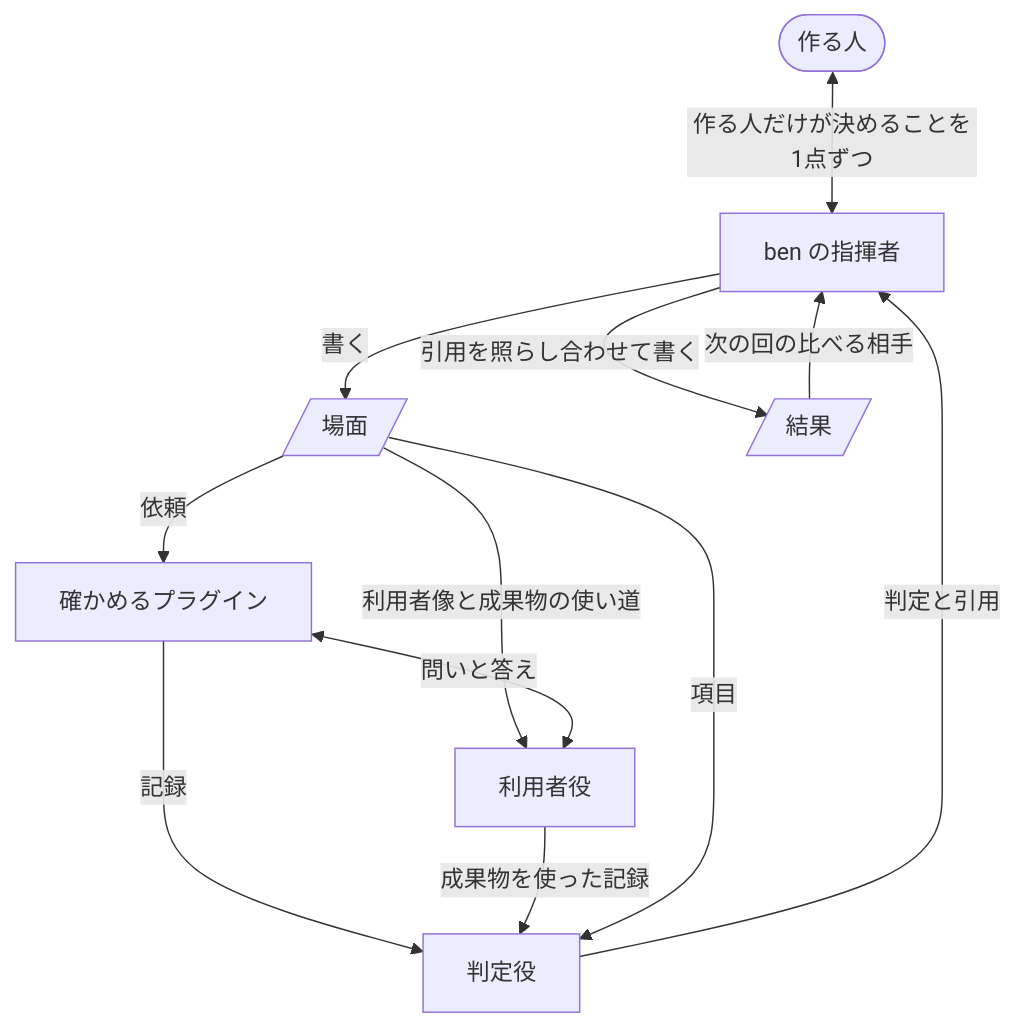
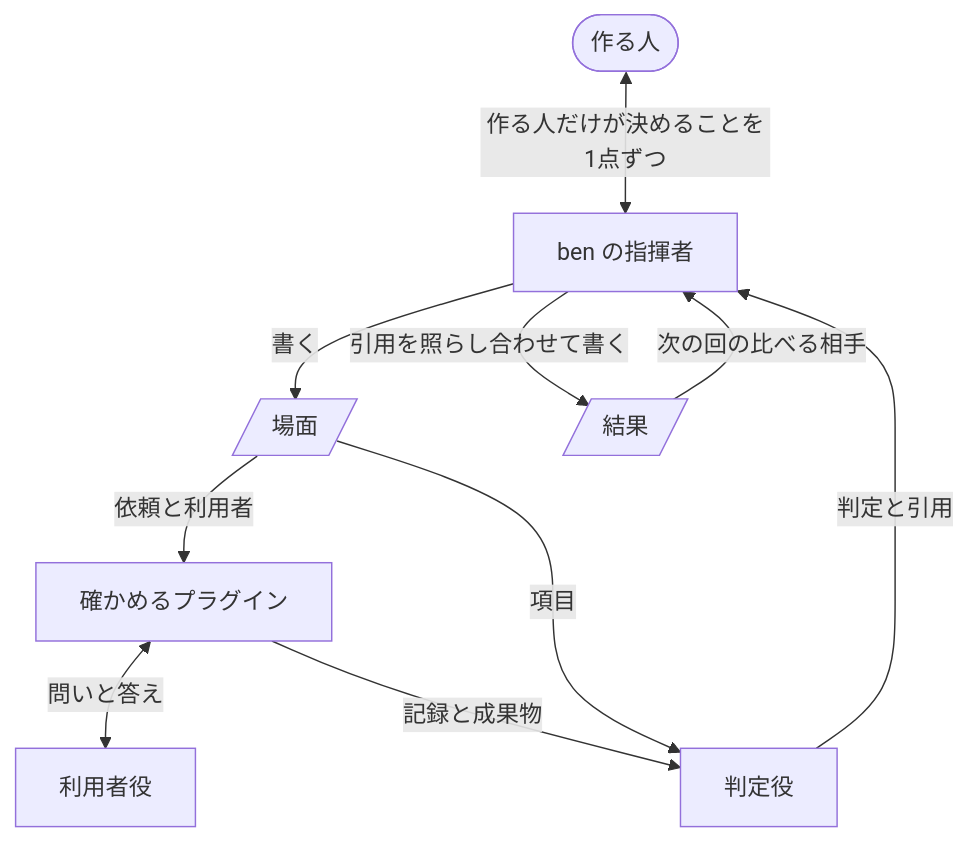
Before and after one commit to lovaizu/ccpm: the diagram in dev/ben/design.md, drawn with Mermaid. The commit also changed other lines of this file and 5 other files, not shown here.

````diff
--- a/dev/ben/design.md
+++ b/dev/ben/design.md
@@ -170,21 +99,19 @@
 ```mermaid
 flowchart TD
   B([作る人])
   C[ben の指揮者]
   S[/場面/]
   P[確かめるプラグイン]
   U[利用者役]
   J[判定役]
   R[/結果/]
   B <-->|作る人だけが決めることを1点ずつ| C
   C -->|書く| S
-  S -->|依頼| P
-  S -->|利用者像と成果物の使い道| U
+  S -->|依頼と利用者| P
   P <-->|問いと答え| U
-  P -->|記録| J
-  U -->|成果物を使った記録| J
+  P -->|記録と成果物| J
   S -->|項目| J
   J -->|判定と引用| C
   C -->|引用を照らし合わせて書く| R
   R -->|次の回の比べる相手| C
 ```
````
